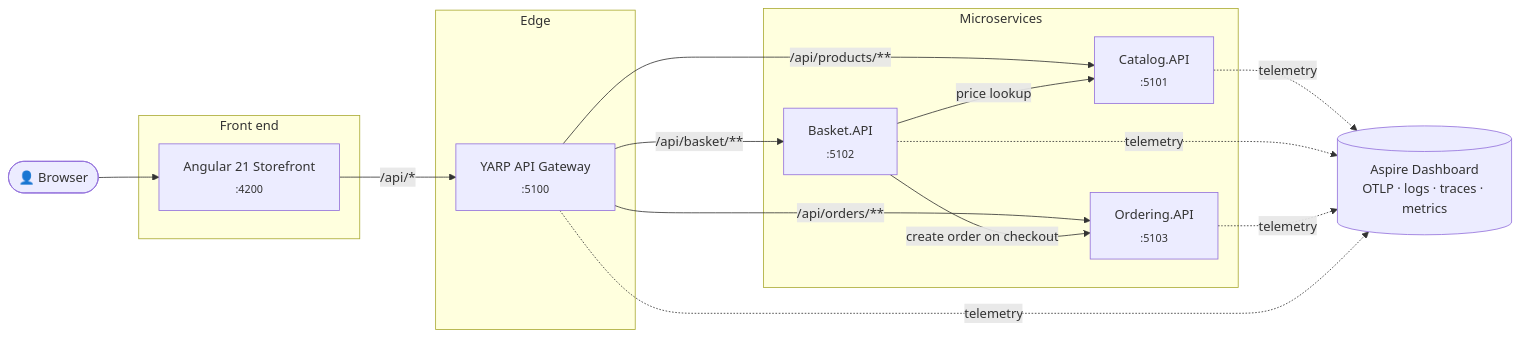
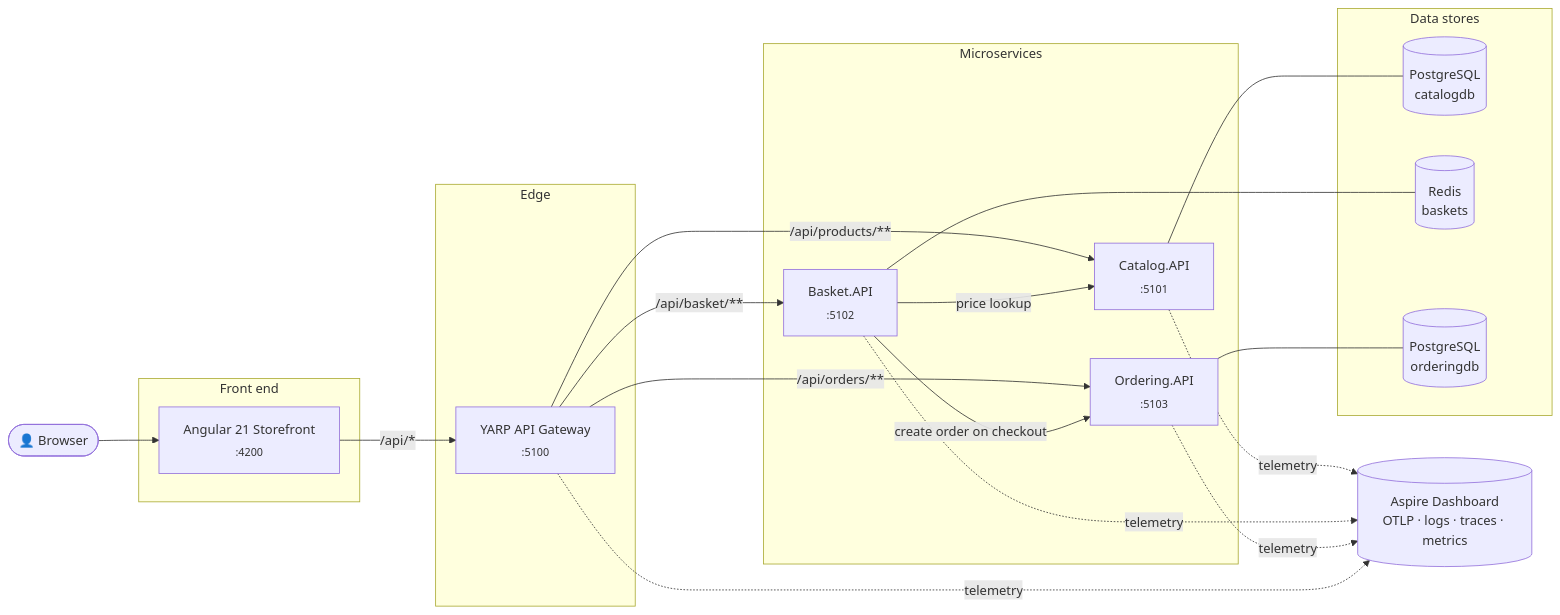
One commit to dejanciev-dev/aspnetcore-microservices changed the diagram in README.md. Above: the diagram before and after it, drawn with Mermaid. The commit also changed other lines of this file and 2 other files, not shown here.

First line of the commit message:
Document PostgreSQL and Redis persistence

````diff
--- a/README.md
+++ b/README.md
@@ -38,30 +41,39 @@
 ```mermaid
 flowchart LR
     user([👤 Browser])
 
     subgraph web [Front end]
         spa[Angular 21 Storefront<br/><sub>:4200</sub>]
     end
 
     subgraph edge [Edge]
         gw[YARP API Gateway<br/><sub>:5100</sub>]
     end
 
     subgraph services [Microservices]
         catalog[Catalog.API<br/><sub>:5101</sub>]
         basket[Basket.API<br/><sub>:5102</sub>]
         ordering[Ordering.API<br/><sub>:5103</sub>]
     end
 
+    subgraph data [Data stores]
+        catalogdb[(PostgreSQL<br/>catalogdb)]
+        redis[(Redis<br/>baskets)]
+        orderingdb[(PostgreSQL<br/>orderingdb)]
+    end
+
     otel[(Aspire Dashboard<br/>OTLP · logs · traces · metrics)]
 
     user --> spa
     spa -- "/api/*" --> gw
     gw -- "/api/products/**" --> catalog
     gw -- "/api/basket/**" --> basket
     gw -- "/api/orders/**" --> ordering
     basket -- "price lookup" --> catalog
     basket -- "create order on checkout" --> ordering
+    catalog --- catalogdb
+    basket --- redis
+    ordering --- orderingdb
 
     catalog & basket & ordering & gw -. telemetry .-> otel
 ```
````
